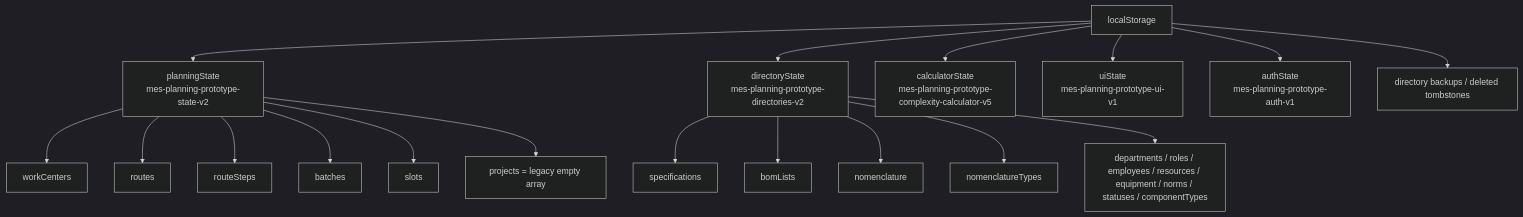
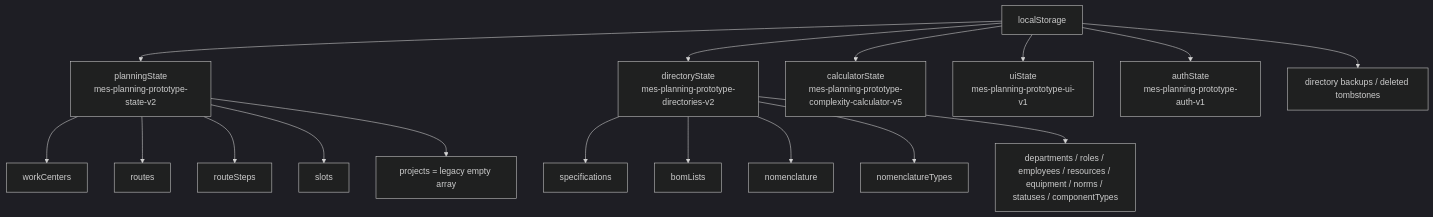
Before and after one commit to vladislav241194/mes-staging: the first of 6 diagrams in docs/object-relationship-map.md, drawn with Mermaid (dark theme). The commit also changed other lines of this file and 9 other files, not shown here.

````diff
--- a/docs/object-relationship-map.md
+++ b/docs/object-relationship-map.md
@@ -50,24 +50,23 @@
 ```mermaid
 flowchart TB
   LS["localStorage"]
 
   LS --> PS["planningState<br/>mes-planning-prototype-state-v2"]
   LS --> DS["directoryState<br/>mes-planning-prototype-directories-v2"]
   LS --> CS["calculatorState<br/>mes-planning-prototype-complexity-calculator-v5"]
   LS --> UI["uiState<br/>mes-planning-prototype-ui-v1"]
   LS --> AUTH["authState<br/>mes-planning-prototype-auth-v1"]
   LS --> BACKUP["directory backups / deleted tombstones"]
 
   PS --> WC["workCenters"]
   PS --> R["routes"]
   PS --> RS["routeSteps"]
-  PS --> B["batches"]
   PS --> S["slots"]
   PS --> LP["projects = legacy empty array"]
 
   DS --> SPEC["specifications"]
   DS --> BOM["bomLists"]
   DS --> NOM["nomenclature"]
   DS --> NT["nomenclatureTypes"]
   DS --> DIR["departments / roles / employees / resources / equipment / norms / statuses / componentTypes"]
 ```
````
